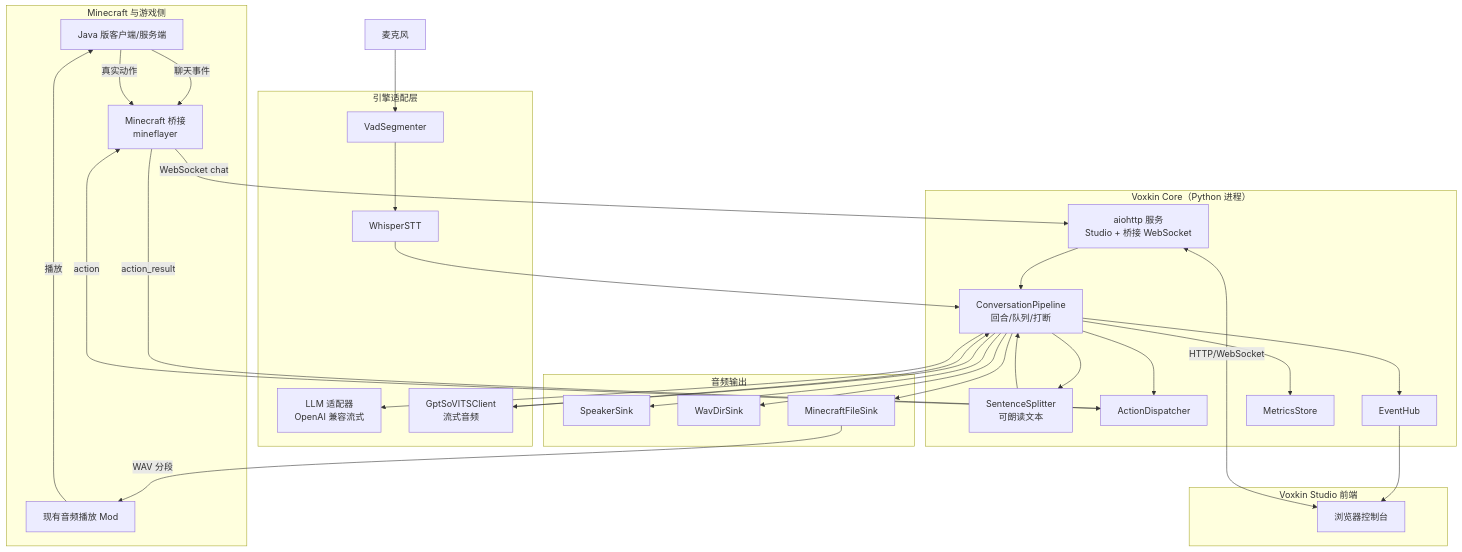
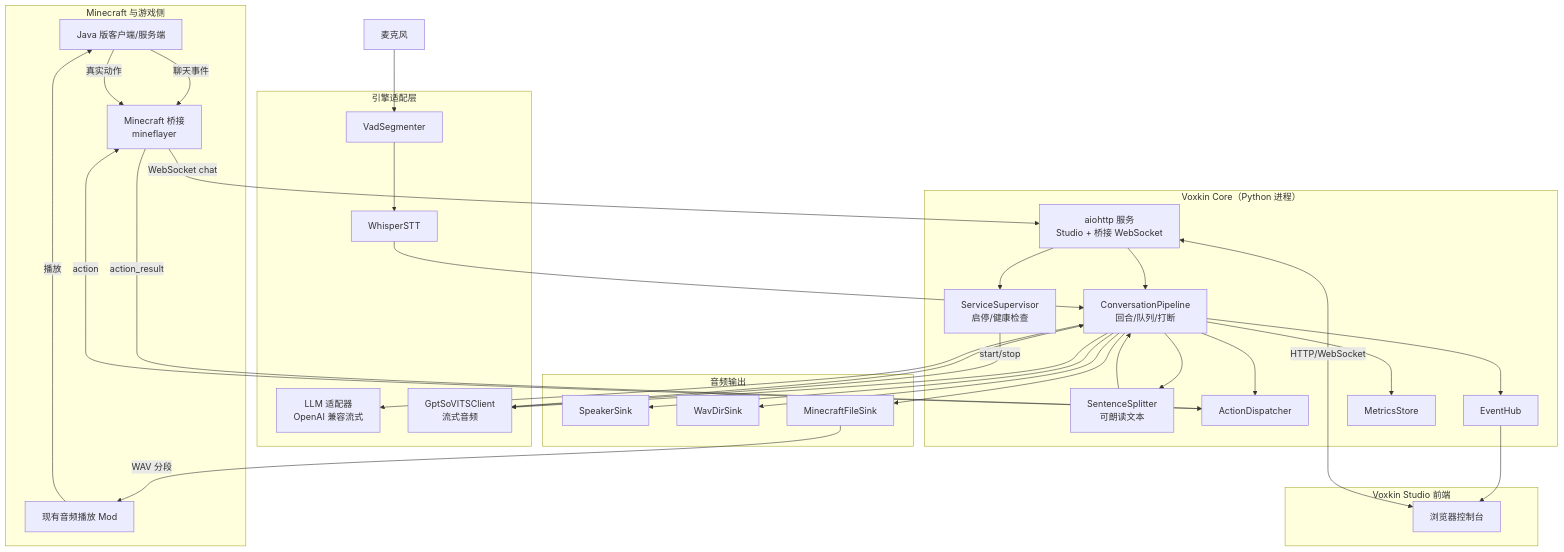
One commit to DeckDes233/Voxkin changed the first of 3 diagrams in docs/ARCHITECTURE.md. Above: the diagram before and after it, drawn with Mermaid. The commit also changed other lines of this file and 13 other files, not shown here.

````diff
--- a/docs/ARCHITECTURE.md
+++ b/docs/ARCHITECTURE.md
@@ -5,61 +5,64 @@
 ```mermaid
 graph TD
     subgraph Game["Minecraft 与游戏侧"]
         MC[Java 版客户端/服务端]
         MOD[现有音频播放 Mod]
         BR[Minecraft 桥接<br/>mineflayer]
     end
 
     subgraph Core["Voxkin Core（Python 进程）"]
         SRV[aiohttp 服务<br/>Studio + 桥接 WebSocket]
         PIPE[ConversationPipeline<br/>回合/队列/打断]
         SPLIT[SentenceSplitter<br/>可朗读文本]
         DISP[ActionDispatcher]
+        SUP[ServiceSupervisor<br/>启停/健康检查]
         HUB[EventHub]
         MET[MetricsStore]
     end
 
     subgraph Engines["引擎适配层"]
         LLM[LLM 适配器<br/>OpenAI 兼容流式]
         TTS[GptSoVITSClient<br/>流式音频]
         STT[WhisperSTT]
         VAD[VadSegmenter]
     end
 
     subgraph Output["音频输出"]
         SPK[SpeakerSink]
         WAV[WavDirSink]
         MCF[MinecraftFileSink]
     end
 
     subgraph Studio["Voxkin Studio 前端"]
         UI[浏览器控制台]
     end
 
     MC -->|聊天事件| BR
     BR -->|WebSocket chat| SRV
     BR -->|action_result| DISP
     MC -->|真实动作| BR
 
     SRV --> PIPE
     PIPE --> SPLIT
     SPLIT --> PIPE
     PIPE --> LLM
     PIPE --> TTS
     TTS --> PIPE
     PIPE --> DISP
     DISP -->|action| BR
+    SRV --> SUP
+    SUP -->|start/stop| TTS
     PIPE --> MET
     PIPE --> HUB
 
     PIPE --> SPK
     PIPE --> WAV
     PIPE --> MCF
     MCF -->|WAV 分段| MOD
     MOD -->|播放| MC
 
     UI <-->|HTTP/WebSocket| SRV
     HUB --> UI
 
     MIC[麦克风] --> VAD --> STT --> PIPE
 ```
````
